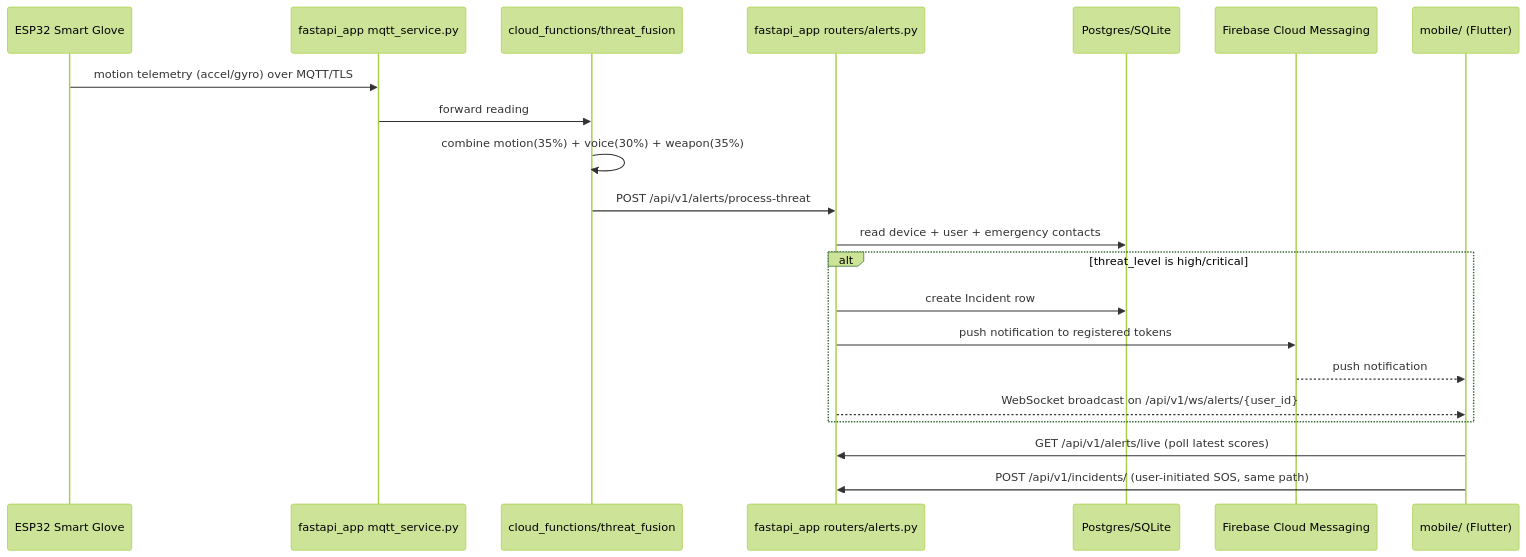
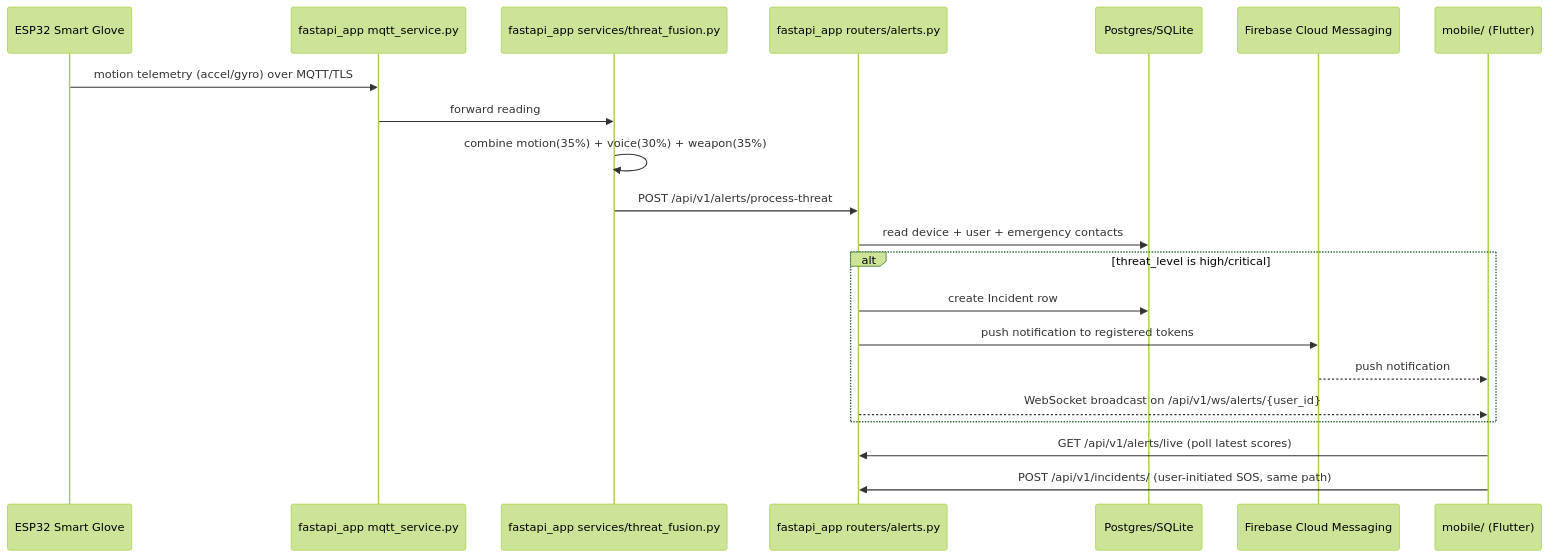
One commit to ShadowInCache/SafeHer changed the second of 5 diagrams in docs/ARCHITECTURE.md. Above: the diagram before and after it, drawn with Mermaid (forest theme). The commit also changed other lines of this file and 31 other files, not shown here.

````diff
--- a/docs/ARCHITECTURE.md
+++ b/docs/ARCHITECTURE.md
@@ -54,24 +47,24 @@
 ```mermaid
 sequenceDiagram
     participant Glove as ESP32 Smart Glove
     participant MQTT as fastapi_app mqtt_service.py
-    participant Fusion as cloud_functions/threat_fusion
+    participant Fusion as fastapi_app services/threat_fusion.py
     participant API as fastapi_app routers/alerts.py
     participant DB as Postgres/SQLite
     participant FCM as Firebase Cloud Messaging
     participant Mobile as mobile/ (Flutter)
 
     Glove->>MQTT: motion telemetry (accel/gyro) over MQTT/TLS
     MQTT->>Fusion: forward reading
     Fusion->>Fusion: combine motion(35%) + voice(30%) + weapon(35%)
     Fusion->>API: POST /api/v1/alerts/process-threat
     API->>DB: read device + user + emergency contacts
     alt threat_level is high/critical
         API->>DB: create Incident row
         API->>FCM: push notification to registered tokens
         FCM-->>Mobile: push notification
         API-->>Mobile: WebSocket broadcast on /api/v1/ws/alerts/{user_id}
     end
     Mobile->>API: GET /api/v1/alerts/live (poll latest scores)
     Mobile->>API: POST /api/v1/incidents/ (user-initiated SOS, same path)
 ```
````
